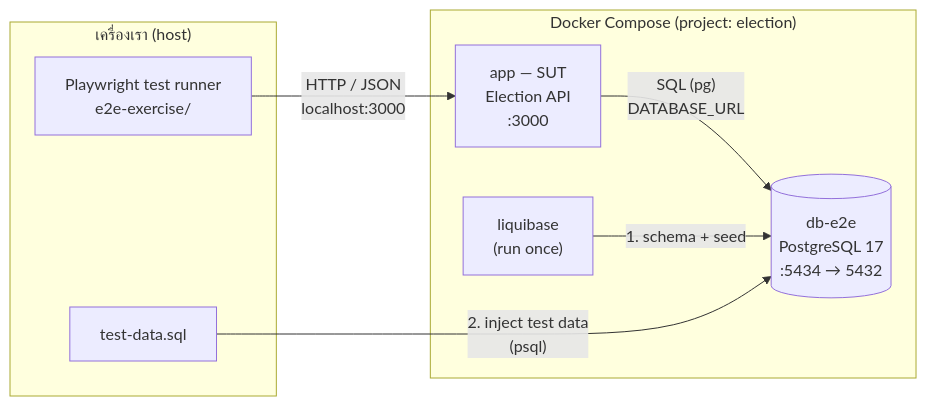
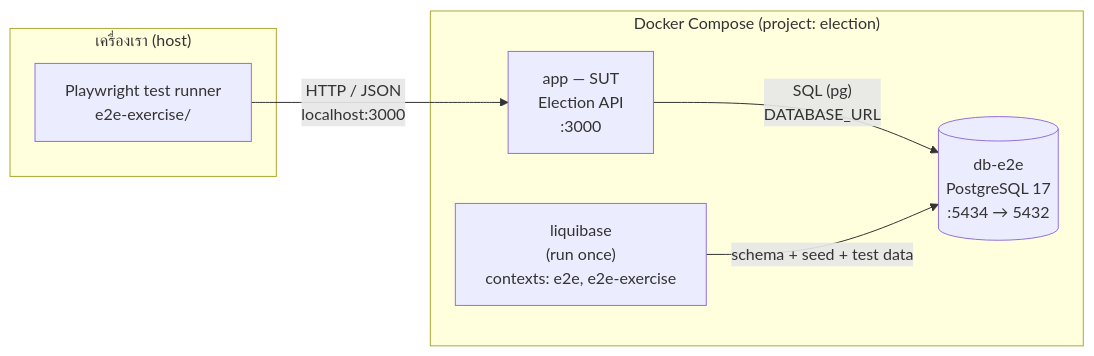
One commit to Nichafah/e2e-workshop changed the fourth of 4 diagrams in labs/e2e-exercise-test/README.md. Above: the diagram before and after it, drawn with Mermaid. The commit also changed other lines of this file and 4 other files, not shown here.

Commit message:
Lab e2e-exercise-test: seed test data via Liquibase context e2e-exercise

````diff
--- a/labs/e2e-exercise-test/README.md
+++ b/labs/e2e-exercise-test/README.md
@@ -180,18 +182,16 @@
 ```mermaid
 flowchart LR
     subgraph host["เครื่องเรา (host)"]
         PW["Playwright test runner<br/>e2e-exercise/"]
-        SQL["test-data.sql"]
     end
 
     subgraph docker["Docker Compose (project: election)"]
         APP["app — SUT<br/>Election API<br/>:3000"]
         DB[("db-e2e<br/>PostgreSQL 17<br/>:5434 → 5432")]
-        LB["liquibase<br/>(run once)"]
+        LB["liquibase<br/>(run once)<br/>contexts: e2e, e2e-exercise"]
     end
 
     PW -- "HTTP / JSON<br/>localhost:3000" --> APP
     APP -- "SQL (pg)<br/>DATABASE_URL" --> DB
-    LB -- "1. schema + seed" --> DB
-    SQL -- "2. inject test data<br/>(psql)" --> DB
+    LB -- "schema + seed + test data" --> DB
 ```
````
